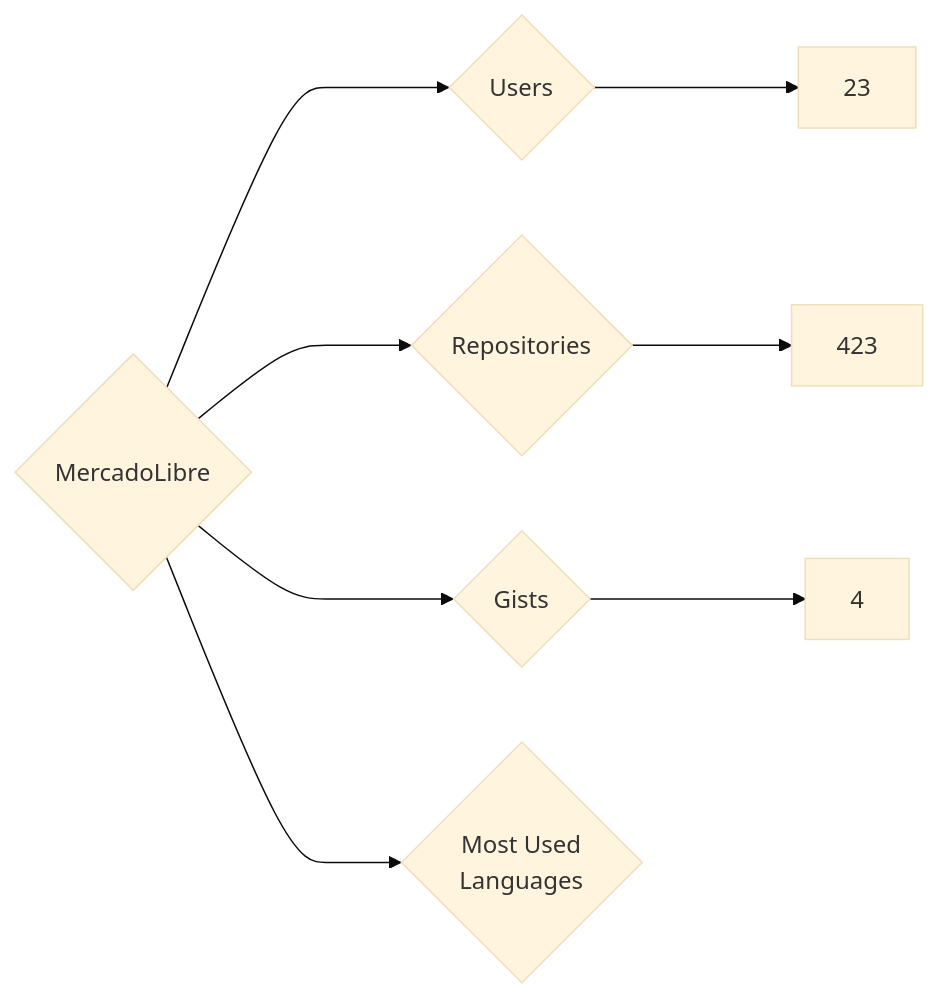
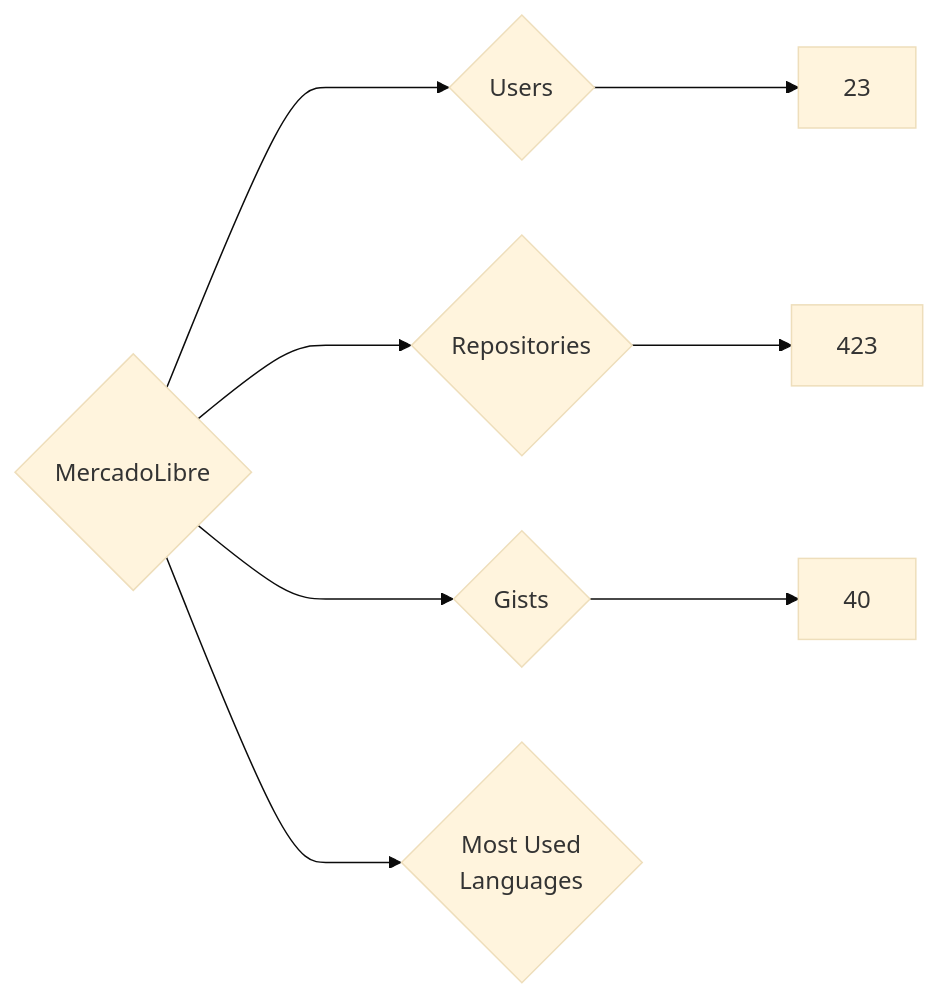
One commit to nenadzaric/insiders changed the diagram in targets/MercadoLibre/README.md. Above: the diagram before and after it, drawn with Mermaid (base theme). The commit also changed 1342 other files, not shown here.

````diff
--- a/targets/MercadoLibre/README.md
+++ b/targets/MercadoLibre/README.md
@@ -3,8 +3,8 @@
 ```mermaid
 graph LR
 COMPANY_NAME{MercadoLibre}
 COMPANY_NAME ---> U{Users} ---> UN[23]
 COMPANY_NAME ---> R{Repositories} ---> RN[423]
-COMPANY_NAME ---> G{Gists} ---> GN[4]
+COMPANY_NAME ---> G{Gists} ---> GN[40]
 COMPANY_NAME ---> ML{Most Used<br>Languages}
 ```
````
